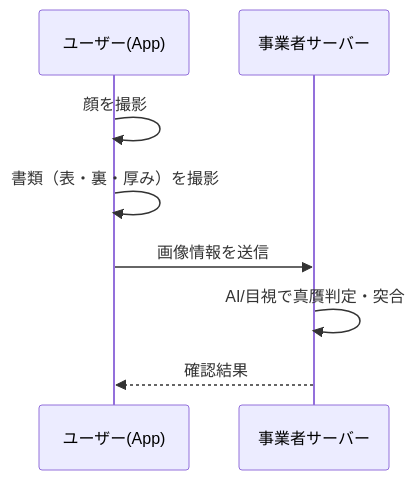
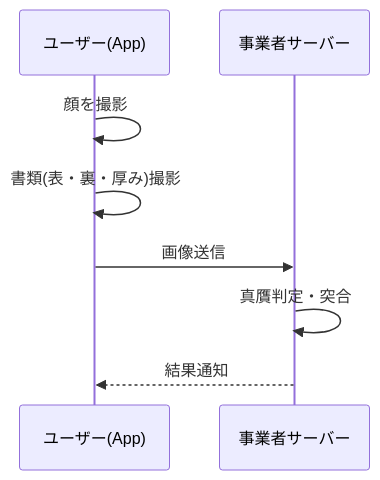
Before and after one commit to CiderH2CO3/study-hanshuho: the fifth of 18 diagrams in hanshuho.md, drawn with Mermaid. The commit also changed other lines of this file and 1 other file, not shown here.

````diff
--- a/hanshuho.md
+++ b/hanshuho.md
@@ -262,10 +268,10 @@
 ```mermaid
 sequenceDiagram
     participant User as ユーザー(App)
     participant Server as 事業者サーバー
     User->>User: 顔を撮影
-    User->>User: 書類（表・裏・厚み）を撮影
-    User->>Server: 画像情報を送信
-    Server->>Server: AI/目視で真贋判定・突合
-    Server-->>User: 確認結果
+    User->>User: 書類(表・裏・厚み)撮影
+    User->>Server: 画像送信
+    Server->>Server: 真贋判定・突合
+    Server-->>User: 結果通知
 ```
````
